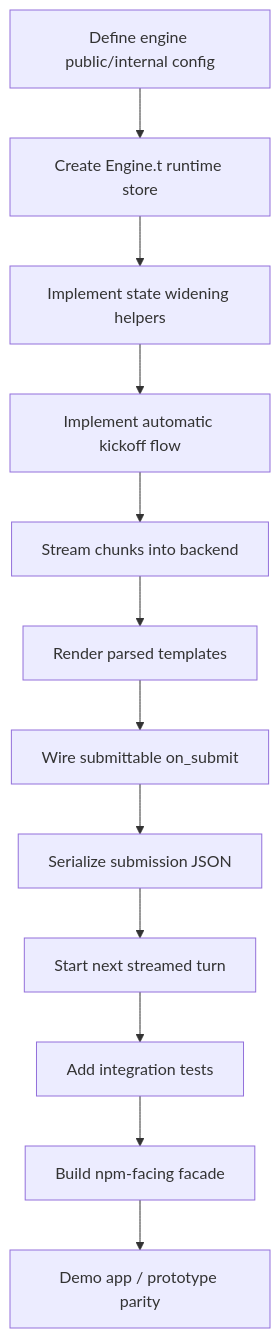
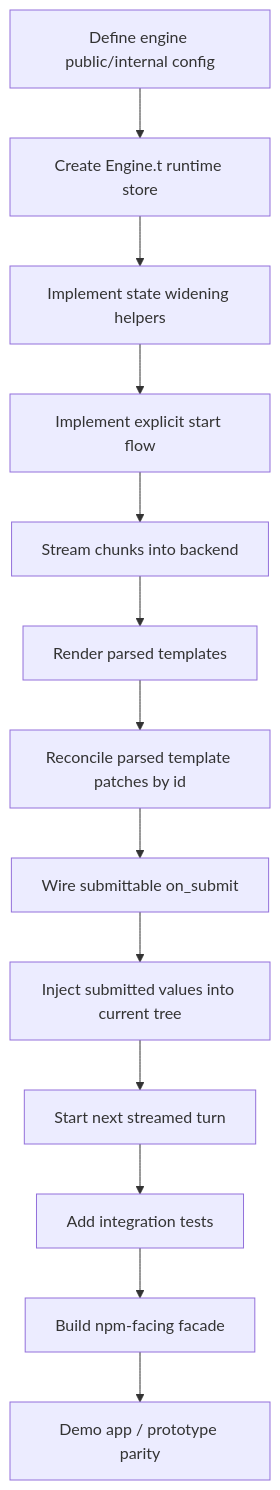
Before and after one commit to unhingingdog/ribosome-ui: the eighth of 8 diagrams in architecture.md, drawn with Mermaid. The commit also changed other lines of this file and 5 other files, not shown here.

Commit message:
update architecture md and stabbing in dark to make prompt good

````diff
--- a/architecture.md
+++ b/architecture.md
@@ -252,14 +278,15 @@
 ```mermaid
 flowchart TD
   A[Define engine public/internal config] --> B[Create Engine.t runtime store]
   B --> C[Implement state widening helpers]
-  C --> D[Implement automatic kickoff flow]
+  C --> D[Implement explicit start flow]
   D --> E[Stream chunks into backend]
   E --> F[Render parsed templates]
-  F --> G[Wire submittable on_submit]
-  G --> H[Serialize submission JSON]
-  H --> I[Start next streamed turn]
-  I --> J[Add integration tests]
-  J --> K[Build npm-facing facade]
-  K --> L[Demo app / prototype parity]
+  F --> G[Reconcile parsed template patches by id]
+  G --> H[Wire submittable on_submit]
+  H --> I[Inject submitted values into current tree]
+  I --> J[Start next streamed turn]
+  J --> K[Add integration tests]
+  K --> L[Build npm-facing facade]
+  L --> M[Demo app / prototype parity]
 ```
````
